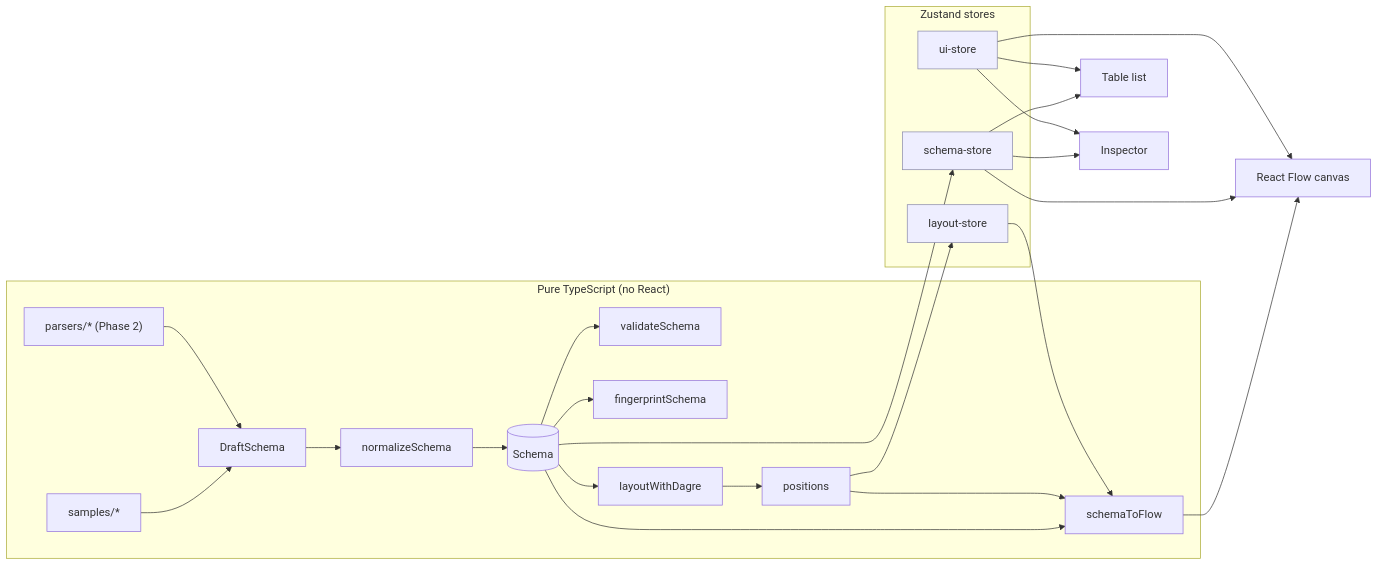
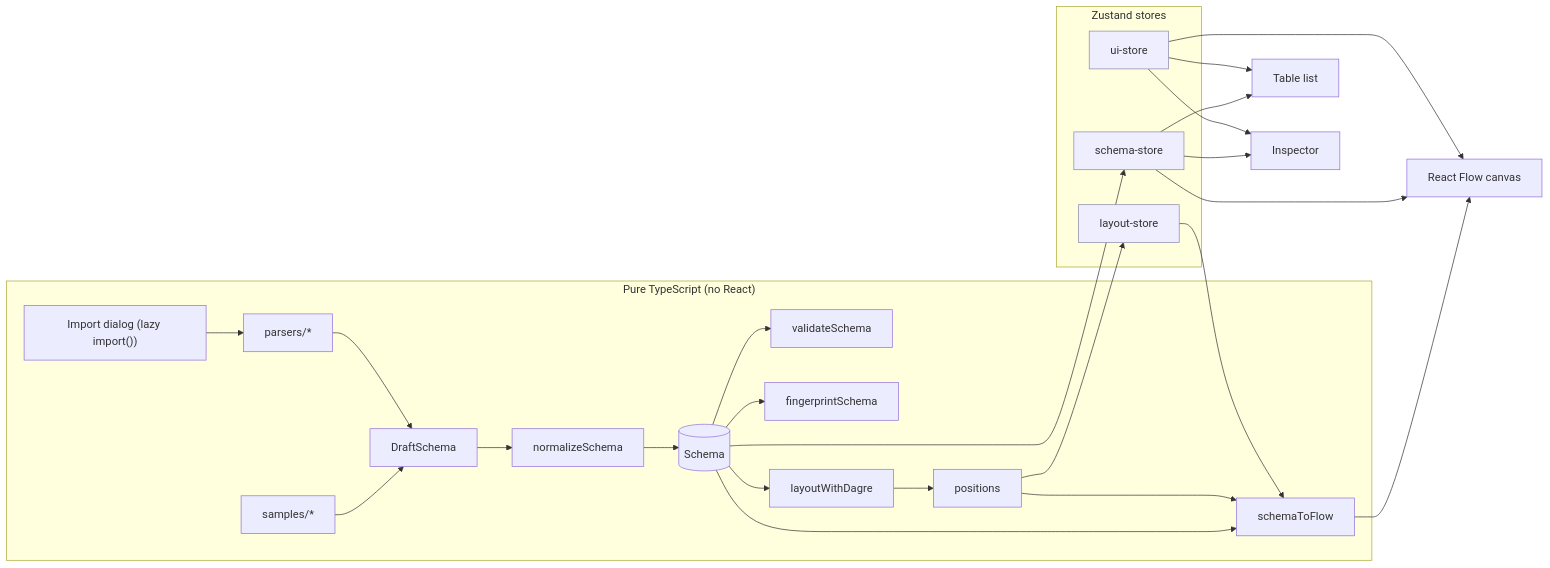
The diagram in docs/development/ARCHITECTURE.md (BasuGM/Schema-Flow), drawn with Mermaid before and after one commit. The commit also changed other lines of this file and 4 other files, not shown here.

First line of the commit message:
Docs: P2-T05 import dialog (ADR-014, ACs, per-fixture preview table, handoff)

````diff
--- a/docs/development/ARCHITECTURE.md
+++ b/docs/development/ARCHITECTURE.md
@@ -10,25 +10,25 @@
 ```mermaid
 flowchart LR
   subgraph pure["Pure TypeScript (no React)"]
     S[samples/*] --> D[DraftSchema]
-    P["parsers/* (Phase 2)"] --> D
+    IMP["Import dialog (lazy import())"] --> P["parsers/*"] --> D
     D --> N[normalizeSchema] --> M[(Schema)]
     M --> V[validateSchema]
     M --> F[fingerprintSchema]
     M --> L[layoutWithDagre] --> POS[positions]
     M --> T[schemaToFlow]
     POS --> T
   end
   subgraph state["Zustand stores"]
     SS[schema-store]:::s
     LS[layout-store]:::s
     US[ui-store]:::s
   end
   M --> SS
   POS --> LS
   T --> RF[React Flow canvas]
   SS --> RF & LIST[Table list] & INS[Inspector]
   LS --> T
   US --> RF & LIST & INS
   classDef s fill:#eef,stroke:#88a
 ```
````
